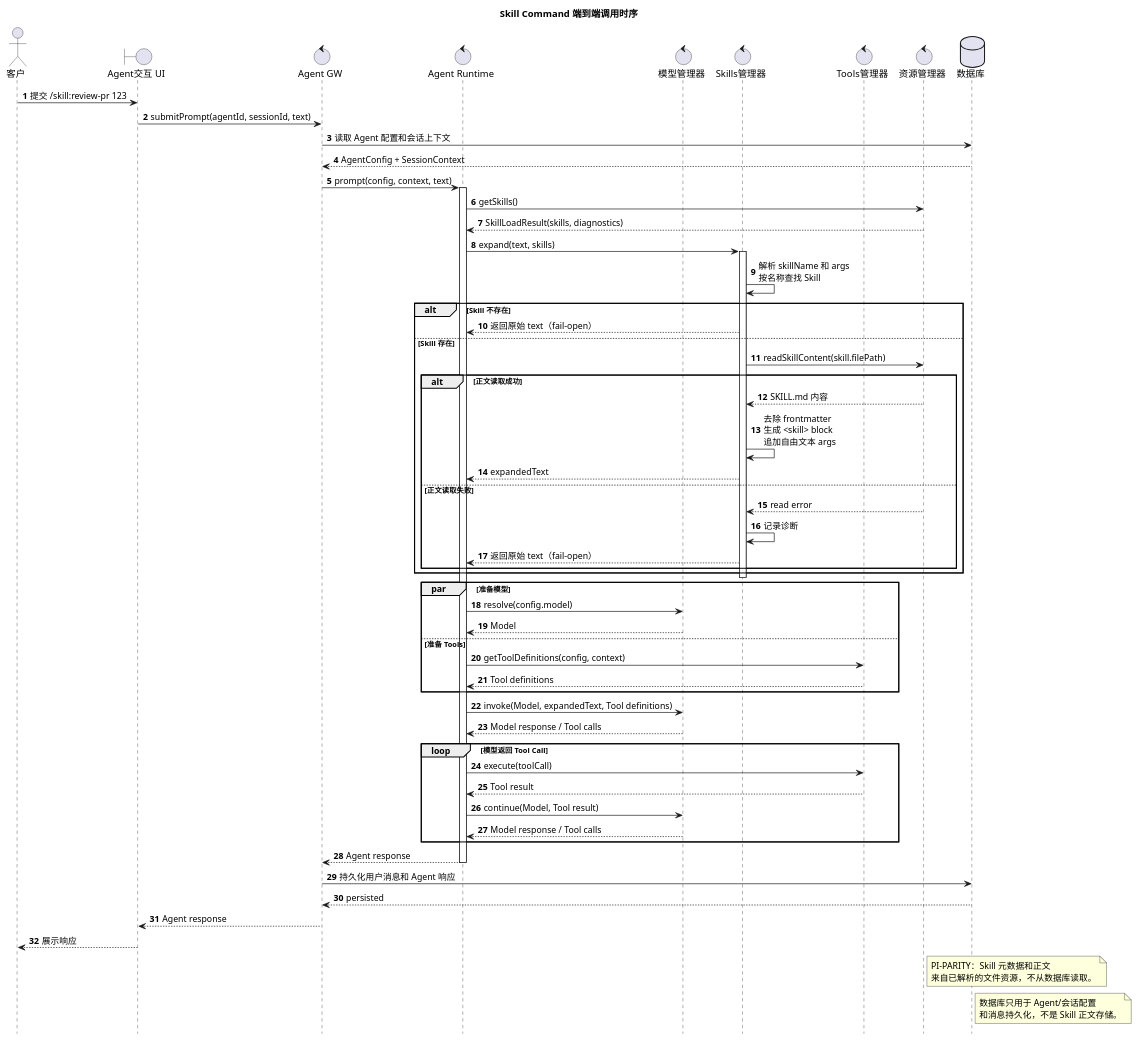
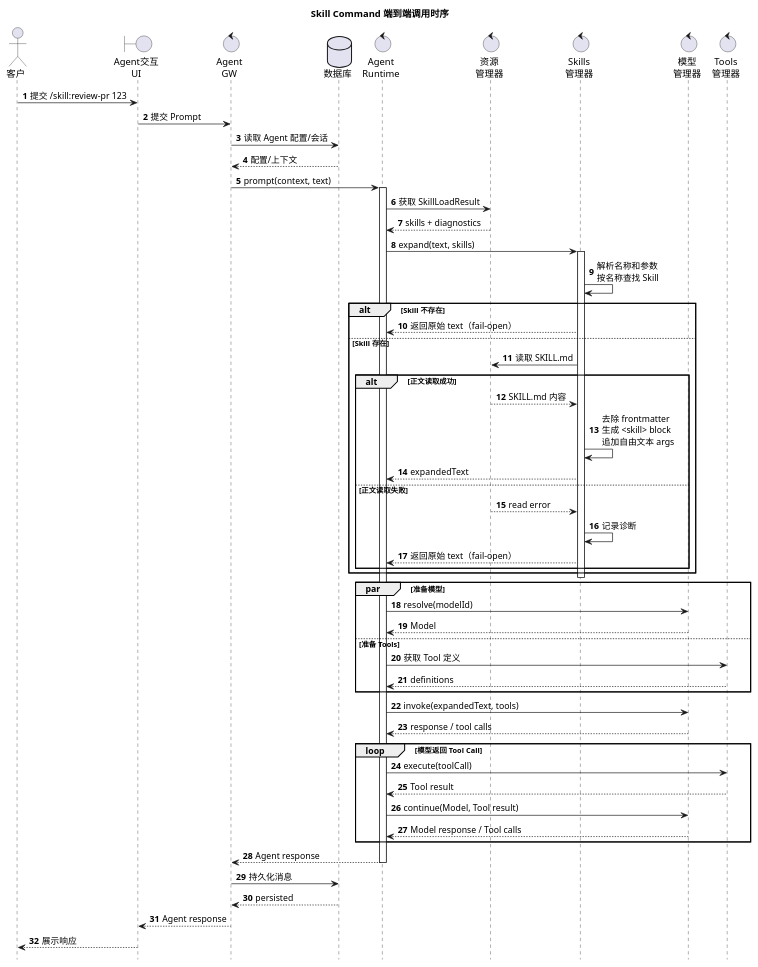
Before and after one commit to superheromeZzh/pi-mono-java-design: the eighth of 9 diagrams in pi-mono-java-skill-command-SR设计.md, drawn with PlantUML. The commit also changed other lines of this file and 2 other files, not shown here.

Commit message:
docs: fix Skill sequence rendering

````diff
--- a/pi-mono-java-skill-command-SR设计.md
+++ b/pi-mono-java-skill-command-SR设计.md
@@ -778,82 +778,73 @@
 ```plantuml
 @startuml
 title Skill Command 端到端调用时序
 skinparam backgroundColor #FFFFFF
+skinparam BoxPadding 4
 hide footbox
 autonumber
 
 actor "客户" as Client
-boundary "Agent交互 UI" as UI
-control "Agent GW" as Gateway
-control "Agent Runtime" as Runtime
-control "模型管理器" as ModelManager
-control "Skills管理器" as SkillsManager
-control "Tools管理器" as ToolsManager
-control "资源管理器" as ResourceManager
+boundary "Agent交互\nUI" as UI
+control "Agent\nGW" as Gateway
 database "数据库" as Database
+control "Agent\nRuntime" as Runtime
+control "资源\n管理器" as ResourceManager
+control "Skills\n管理器" as SkillsManager
+control "模型\n管理器" as ModelManager
+control "Tools\n管理器" as ToolsManager
 
 Client -> UI: 提交 /skill:review-pr 123
-UI -> Gateway: submitPrompt(agentId, sessionId, text)
-Gateway -> Database: 读取 Agent 配置和会话上下文
-Database --> Gateway: AgentConfig + SessionContext
-Gateway -> Runtime: prompt(config, context, text)
+UI -> Gateway: 提交 Prompt
+Gateway -> Database: 读取 Agent 配置/会话
+Database --> Gateway: 配置/上下文
+Gateway -> Runtime: prompt(context, text)
 activate Runtime
 
-Runtime -> ResourceManager: getSkills()
-ResourceManager --> Runtime: SkillLoadResult(skills, diagnostics)
+Runtime -> ResourceManager: 获取 SkillLoadResult
+ResourceManager --> Runtime: skills + diagnostics
 Runtime -> SkillsManager: expand(text, skills)
 activate SkillsManager
-SkillsManager -> SkillsManager: 解析 skillName 和 args\n按名称查找 Skill
+SkillsManager -> SkillsManager: 解析名称和参数\n按名称查找 Skill
 
 alt Skill 不存在
     SkillsManager --> Runtime: 返回原始 text（fail-open）
 else Skill 存在
-    SkillsManager -> ResourceManager: readSkillContent(skill.filePath)
+    SkillsManager -> ResourceManager: 读取 SKILL.md
     alt 正文读取成功
         ResourceManager --> SkillsManager: SKILL.md 内容
         SkillsManager -> SkillsManager: 去除 frontmatter\n生成 <skill> block\n追加自由文本 args
         SkillsManager --> Runtime: expandedText
     else 正文读取失败
         ResourceManager --> SkillsManager: read error
         SkillsManager -> SkillsManager: 记录诊断
         SkillsManager --> Runtime: 返回原始 text（fail-open）
     end
 end
 deactivate SkillsManager
 
 par 准备模型
-    Runtime -> ModelManager: resolve(config.model)
+    Runtime -> ModelManager: resolve(modelId)
     ModelManager --> Runtime: Model
 else 准备 Tools
-    Runtime -> ToolsManager: getToolDefinitions(config, context)
-    ToolsManager --> Runtime: Tool definitions
+    Runtime -> ToolsManager: 获取 Tool 定义
+    ToolsManager --> Runtime: definitions
 end
 
-Runtime -> ModelManager: invoke(Model, expandedText, Tool definitions)
-ModelManager --> Runtime: Model response / Tool calls
+Runtime -> ModelManager: invoke(expandedText, tools)
+ModelManager --> Runtime: response / tool calls
 
 loop 模型返回 Tool Call
     Runtime -> ToolsManager: execute(toolCall)
     ToolsManager --> Runtime: Tool result
     Runtime -> ModelManager: continue(Model, Tool result)
     ModelManager --> Runtime: Model response / Tool calls
 end
 
 Runtime --> Gateway: Agent response
 deactivate Runtime
-Gateway -> Database: 持久化用户消息和 Agent 响应
+Gateway -> Database: 持久化消息
 Database --> Gateway: persisted
 Gateway --> UI: Agent response
 UI --> Client: 展示响应
-
-note right of ResourceManager
-PI-PARITY：Skill 元数据和正文
-来自已解析的文件资源，不从数据库读取。
-end note
-
-note right of Database
-数据库只用于 Agent/会话配置
-和消息持久化，不是 Skill 正文存储。
-end note
 @enduml
 ```
````
